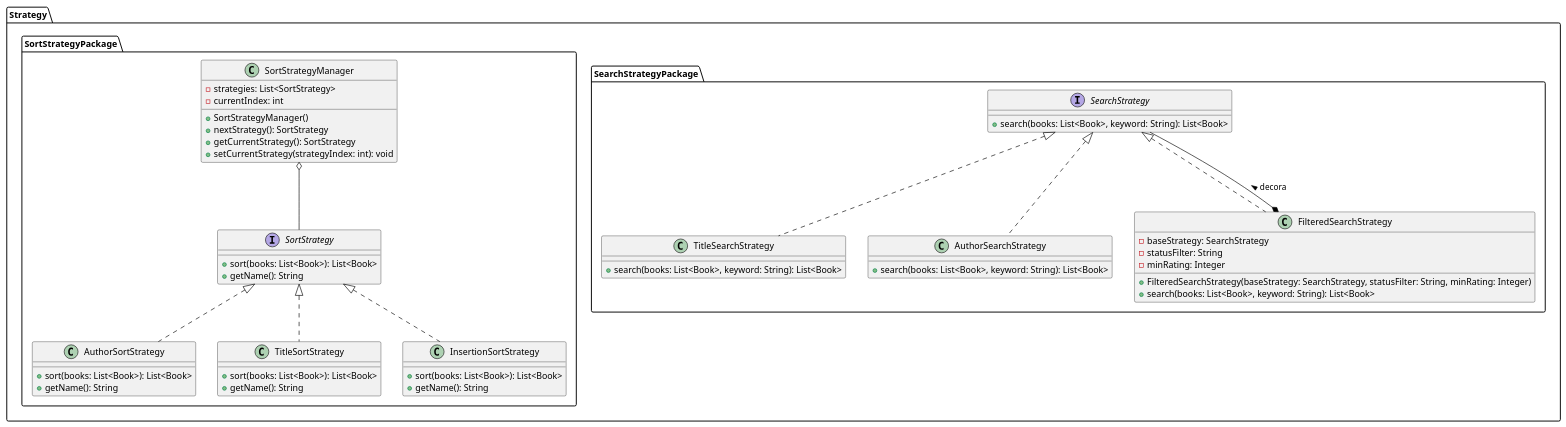
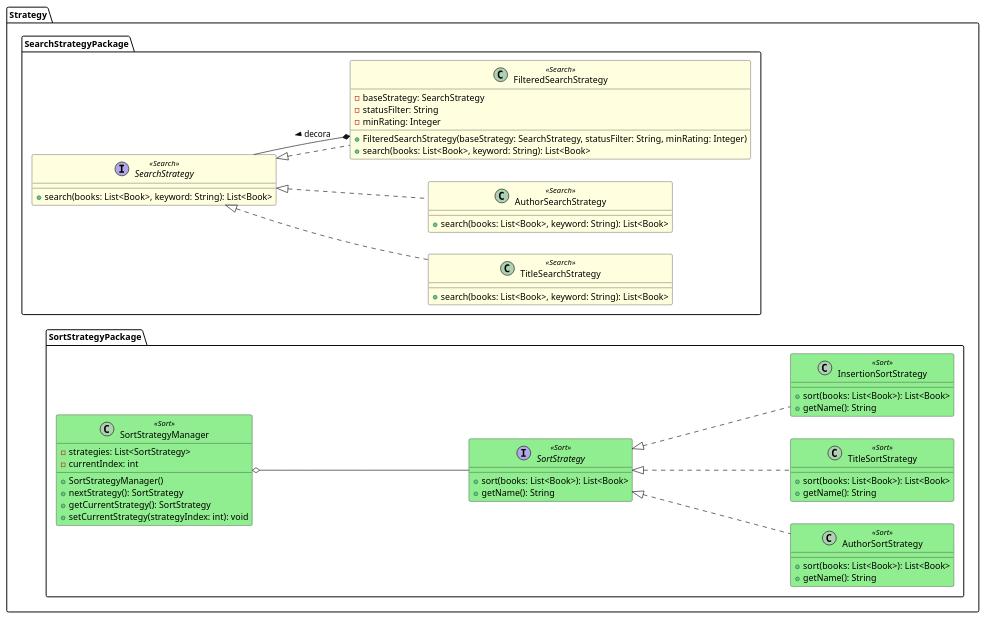
The diagram in src/UML/Component/StrategyComponentDiagram.puml (CaputoCristian/LibreriaPersonale), drawn with PlantUML before and after one commit. The commit also changed 24 other files, not shown here.

```diff
--- a/src/UML/Component/StrategyComponentDiagram.puml
+++ b/src/UML/Component/StrategyComponentDiagram.puml
@@ -1,79 +1,80 @@
 @startuml Strategy Diagram
 
+left to right direction
+
 skinparam class {
-    BackgroundColor<<Strategy>> LightGreen
-    BorderColor Black
-    ArrowColor Black
+    BackgroundColor<<Sort>> LightGreen
+    BackgroundColor<<Search>> LightYellow
 }
 
 package "Strategy" {
     package "SearchStrategyPackage" {
-        interface SearchStrategy {
+        interface SearchStrategy <<Search>> {
             + search(books: List<Book>, keyword: String): List<Book>
         }
 
-        class TitleSearchStrategy {
+        class TitleSearchStrategy <<Search>> {
             + search(books: List<Book>, keyword: String): List<Book>
         }
 
-        class AuthorSearchStrategy {
+        class AuthorSearchStrategy <<Search>> {
             + search(books: List<Book>, keyword: String): List<Book>
         }
 
-        class FilteredSearchStrategy {
+        class FilteredSearchStrategy <<Search>> {
             - baseStrategy: SearchStrategy
             - statusFilter: String
             - minRating: Integer
             + FilteredSearchStrategy(baseStrategy: SearchStrategy, statusFilter: String, minRating: Integer)
             + search(books: List<Book>, keyword: String): List<Book>
         }
     }
 
     package "SortStrategyPackage" {
-        interface SortStrategy {
+        interface SortStrategy <<Sort>> {
             + sort(books: List<Book>): List<Book>
             + getName(): String
         }
 
-        class AuthorSortStrategy {
+        class AuthorSortStrategy <<Sort>> {
             + sort(books: List<Book>): List<Book>
             + getName(): String
         }
 
-        class TitleSortStrategy {
+        class TitleSortStrategy <<Sort>> {
             + sort(books: List<Book>): List<Book>
             + getName(): String
         }
 
 
-        class InsertionSortStrategy {
+        class InsertionSortStrategy <<Sort>> {
             + sort(books: List<Book>): List<Book>
             + getName(): String
         }
 
-        class SortStrategyManager {
+        class SortStrategyManager <<Sort>> {
             - strategies: List<SortStrategy>
             - currentIndex: int
             + SortStrategyManager()
             + nextStrategy(): SortStrategy
             + getCurrentStrategy(): SortStrategy
             + setCurrentStrategy(strategyIndex: int): void
         }
     }
 }
 
 ' Relazioni SearchStrategy
 SearchStrategy <|.. TitleSearchStrategy
 SearchStrategy <|.. AuthorSearchStrategy
 SearchStrategy <|.. FilteredSearchStrategy
 
 ' Ha un riferimento a SearchStrategy (composizione)
 FilteredSearchStrategy *-- SearchStrategy : decora >
 
 ' Relazioni SortStrategy
 SortStrategy <|.. AuthorSortStrategy
 SortStrategy <|.. TitleSortStrategy
 SortStrategy <|.. InsertionSortStrategy
 SortStrategyManager o-- SortStrategy
 
 @enduml
```
